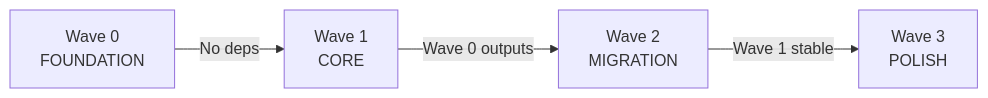
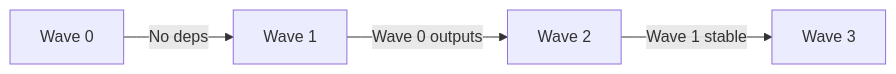
One commit to danielmeppiel/agentic-sdlc-handbook changed the second of 3 diagrams in handbook/ch13-the-execution-meta-process.qmd. Above: the diagram before and after it, drawn with Mermaid. The commit also changed other lines of this file and 16 other files, not shown here.

First line of the commit message:
fix: aggressive fig-width capping — RCA-driven mermaid rendering overhaul

````diff
--- a/handbook/ch13-the-execution-meta-process.qmd
+++ b/handbook/ch13-the-execution-meta-process.qmd
@@ -142,7 +142,7 @@
 ```{mermaid}
 %%| fig-width: 4.5
 flowchart LR
-    W0["Wave 0<br/>FOUNDATION"] -->|"No deps"| W1["Wave 1<br/>CORE"]
-    W1 -->|"Wave 0 outputs"| W2["Wave 2<br/>MIGRATION"]
-    W2 -->|"Wave 1 stable"| W3["Wave 3<br/>POLISH"]
+    W0["Wave 0"] -->|"No deps"| W1["Wave 1"]
+    W1 -->|"Wave 0 outputs"| W2["Wave 2"]
+    W2 -->|"Wave 1 stable"| W3["Wave 3"]
 ```
````
